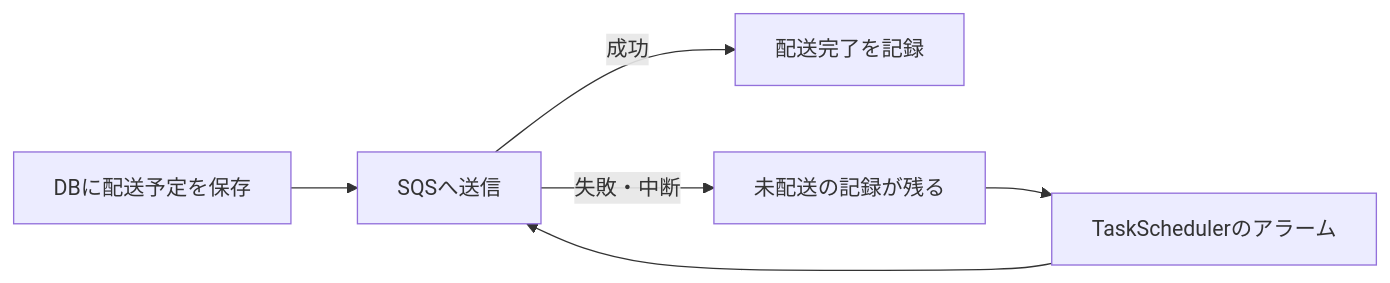
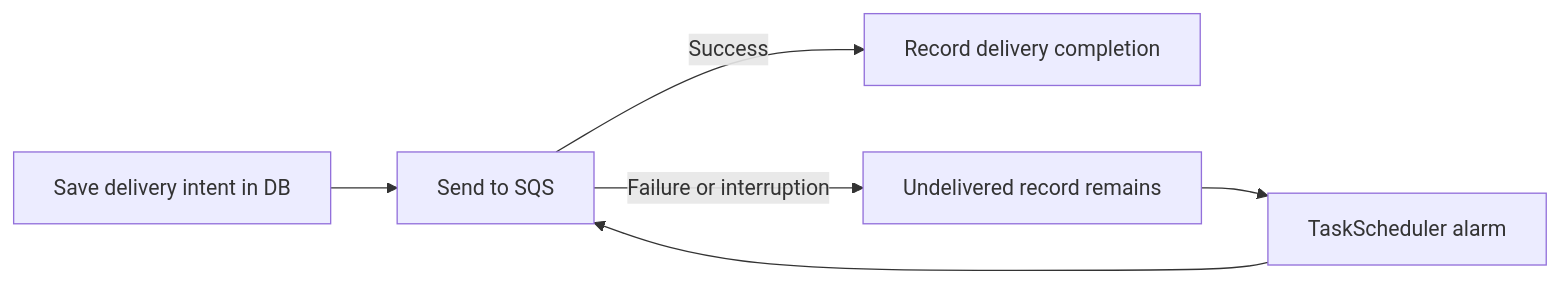
The second of 2 diagrams in docs/architecture/flowchart.md (yukiharada1228/videoq), drawn with Mermaid before and after one commit. The commit also changed other lines of this file and 79 other files, not shown here.

````diff
--- a/docs/architecture/flowchart.md
+++ b/docs/architecture/flowchart.md
@@ -30,8 +30,8 @@
 ```mermaid
 flowchart LR
-    Saved[DBに配送予定を保存] --> Send[SQSへ送信]
-    Send -->|成功| Done[配送完了を記録]
-    Send -->|失敗・中断| Pending[未配送の記録が残る]
-    Pending --> Alarm[TaskSchedulerのアラーム]
+    Saved[Save delivery intent in DB] --> Send[Send to SQS]
+    Send -->|Success| Done[Record delivery completion]
+    Send -->|Failure or interruption| Pending[Undelivered record remains]
+    Pending --> Alarm[TaskScheduler alarm]
     Alarm --> Send
 ```
````
